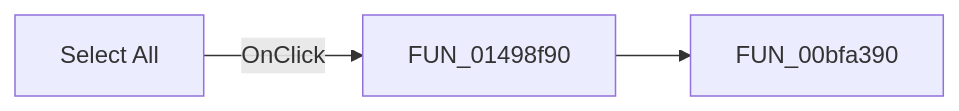
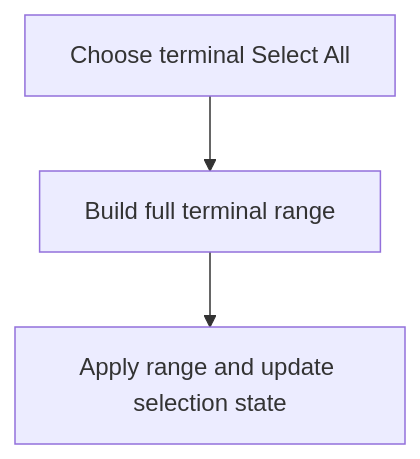
The diagram in docs/ui-controls/frmdesigntool/mnselectallterminal-2441b73917.md (MovGP0/TIARA), drawn with Mermaid before and after one commit. The commit also changed other lines of this file and 387 other files, not shown here.

````diff
--- a/docs/ui-controls/frmdesigntool/mnselectallterminal-2441b73917.md
+++ b/docs/ui-controls/frmdesigntool/mnselectallterminal-2441b73917.md
@@ -27,5 +27,5 @@
 ```mermaid
-flowchart LR
-    control["Select All"] -->|OnClick| handler["FUN_01498f90"]
-    handler --> call1["FUN_00bfa390"]
+flowchart TD
+    click["Choose terminal Select All"] --> range["Build full terminal range"]
+    range --> select["Apply range and update selection state"]
 ```
````
